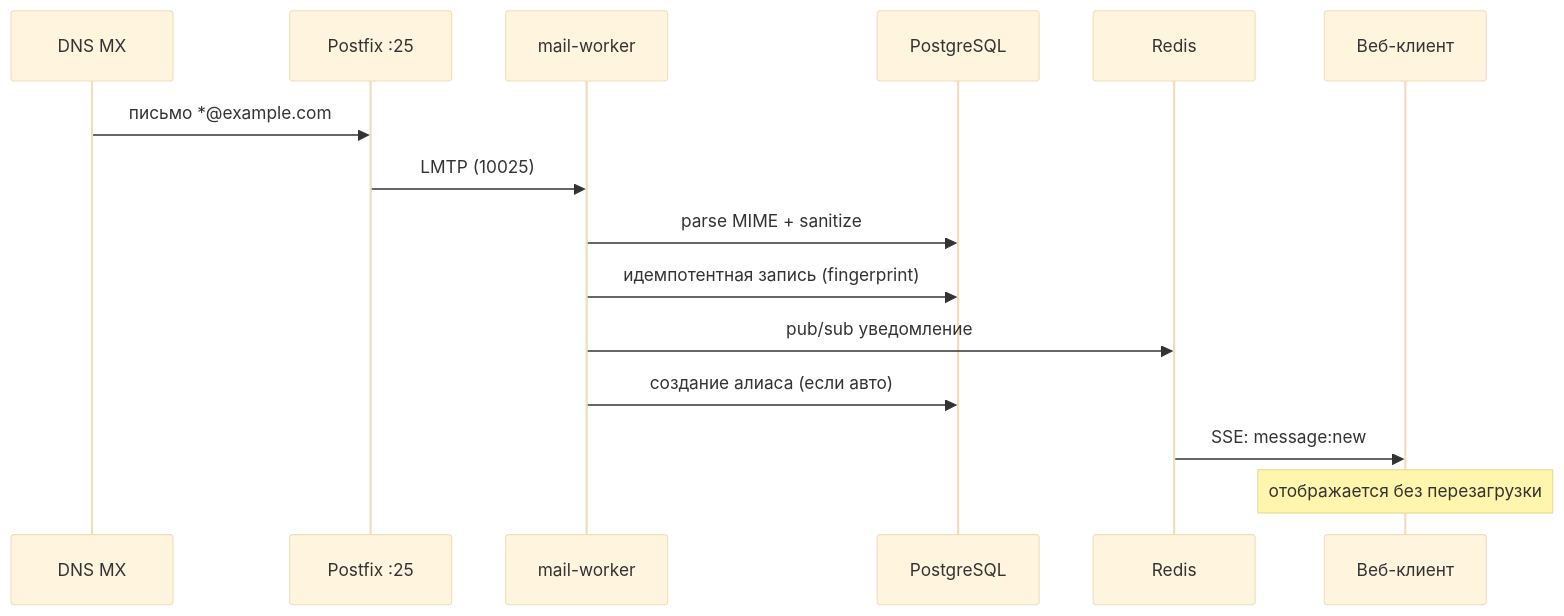
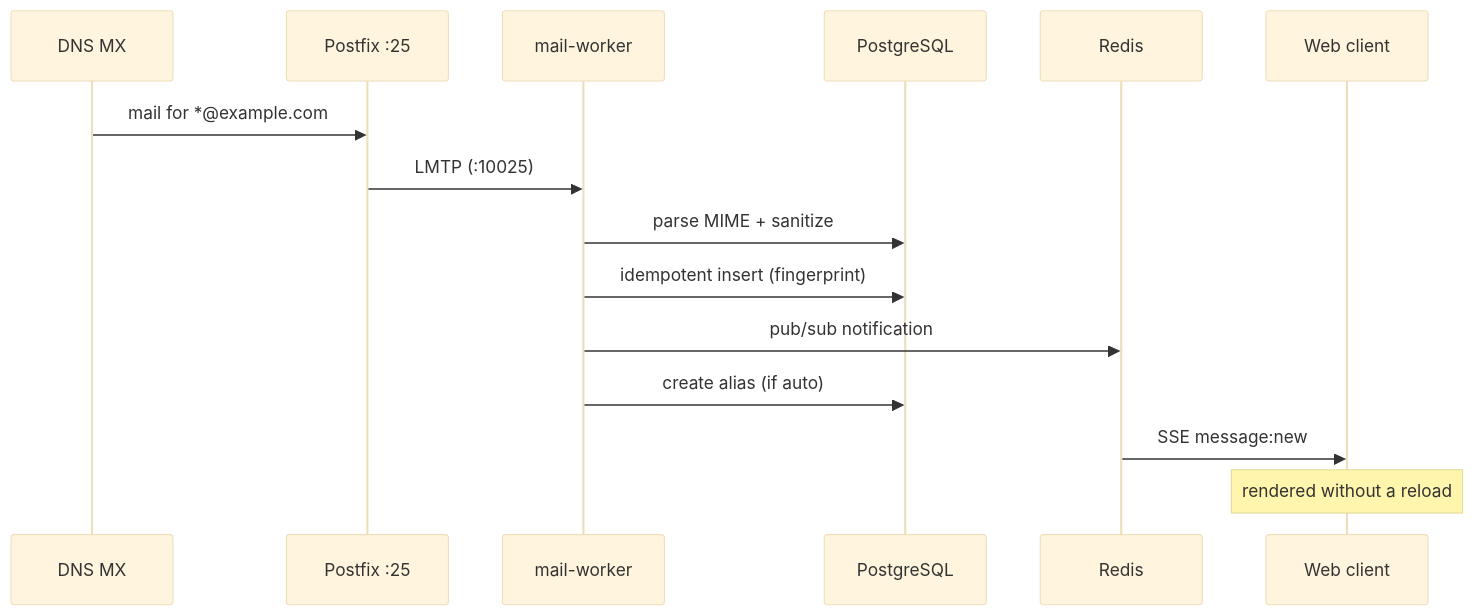
One commit to wkzo/catchbox changed the diagram in README.md. Above: the diagram before and after it, drawn with Mermaid (base theme). The commit also changed other lines of this file and 1 other file, not shown here.

````diff
--- a/README.md
+++ b/README.md
@@ -52,18 +67,18 @@
 ```mermaid
 sequenceDiagram
     participant DNS as DNS MX
     participant MTA as Postfix :25
     participant W as mail-worker
     participant DB as PostgreSQL
     participant Redis as Redis
-    participant UI as Веб-клиент
+    participant UI as Web client
 
-    DNS->>MTA: письмо *@example.com
-    MTA->>W: LMTP (10025)
+    DNS->>MTA: mail for *@example.com
+    MTA->>W: LMTP (:10025)
     W->>DB: parse MIME + sanitize
-    W->>DB: идемпотентная запись (fingerprint)
-    W->>Redis: pub/sub уведомление
-    W->>DB: создание алиаса (если авто)
-    Redis->>UI: SSE: message:new
-    Note over UI: отображается без перезагрузки
+    W->>DB: idempotent insert (fingerprint)
+    W->>Redis: pub/sub notification
+    W->>DB: create alias (if auto)
+    Redis->>UI: SSE message:new
+    Note over UI: rendered without a reload
 ```
````
